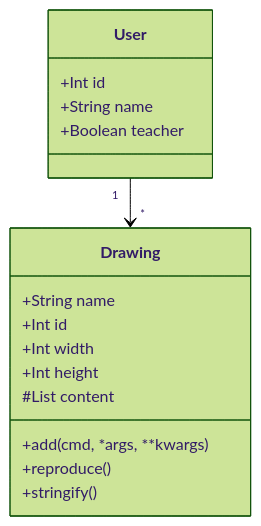
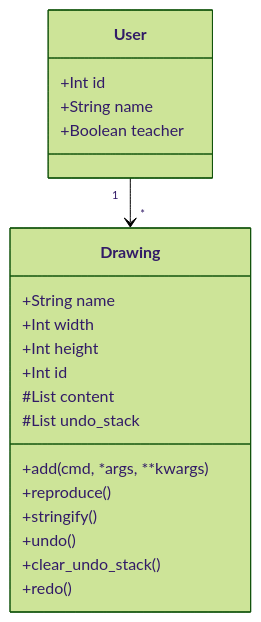
The second of 11 diagrams in dokumentaatio/arkkitehtuuri.md (tomjtoth/ot-harjoitustyo), drawn with Mermaid (forest theme) before and after one commit. The commit also changed other lines of this file and 9 other files, not shown here.

````diff
--- a/dokumentaatio/arkkitehtuuri.md
+++ b/dokumentaatio/arkkitehtuuri.md
@@ -43,23 +40,28 @@
 ```mermaid
 classDiagram
     User "1" --> "*" Drawing
 
 
 class User {
     +Int id
     +String name
     +Boolean teacher
 }
 
 class Drawing {
     +String name
-    +Int id
     +Int width
     +Int height
+    +Int id
     #List content
+    #List undo_stack
 
     +add(cmd, *args, **kwargs)
     +reproduce()
     +stringify()
+    +undo()
+    +clear_undo_stack()
+    +redo()
+
 }
 ```
````
